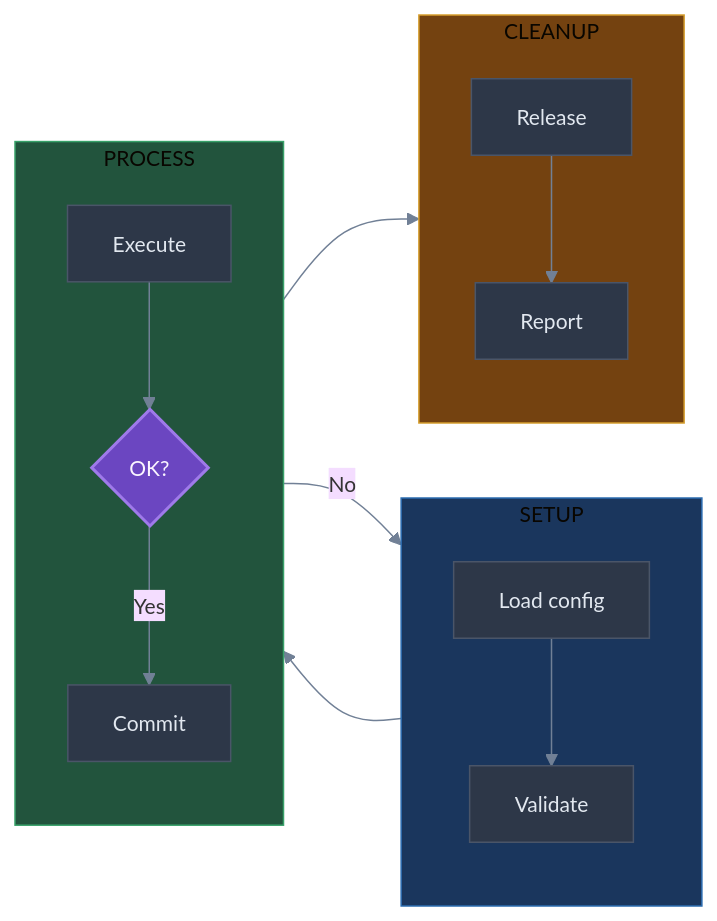
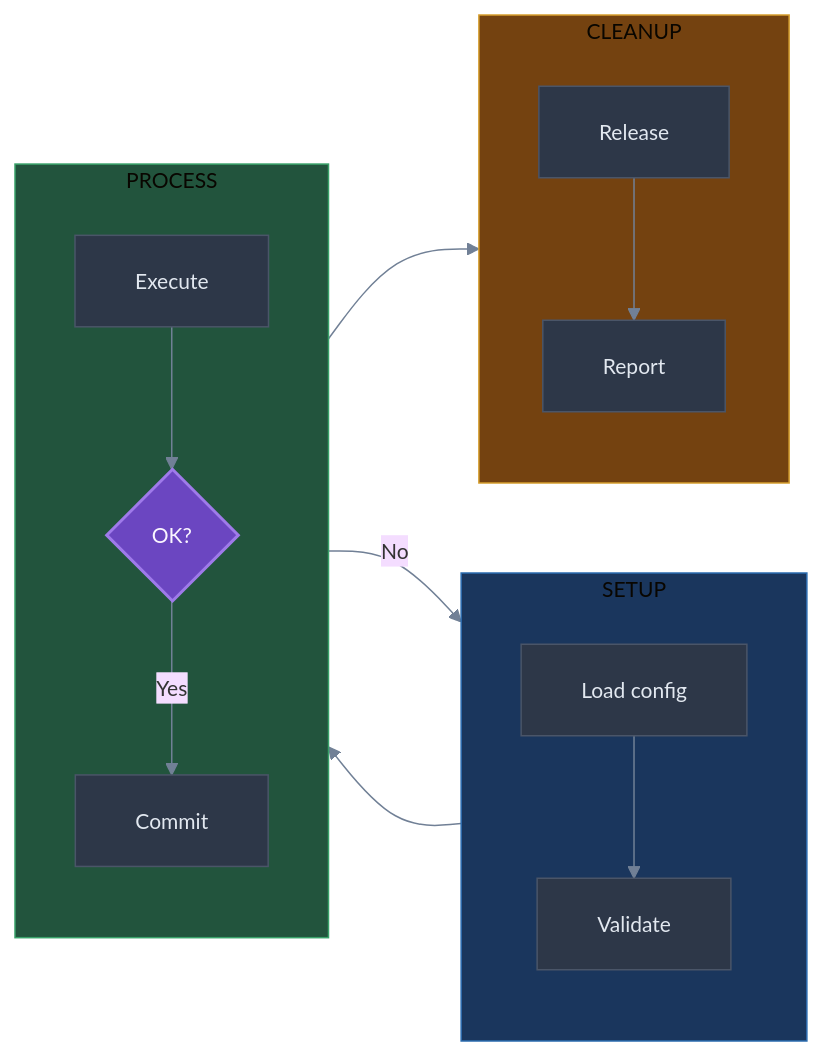
One commit to nicsuzor/academicOps changed the third of 4 diagrams in aops-tools/skills/flowchart/references/templates-and-examples.md. Above: the diagram before and after it, drawn with Mermaid. The commit also changed other lines of this file and 1 other file, not shown here.

First line of the commit message:
Improve flowchart skill: better horizontal space usage and prettier styling

````diff
--- a/aops-tools/skills/flowchart/references/templates-and-examples.md
+++ b/aops-tools/skills/flowchart/references/templates-and-examples.md
@@ -45,42 +78,42 @@
 ```mermaid
 %%{init: {
   'theme': 'base',
   'themeVariables': { 'lineColor': '#718096', 'fontSize': '14px' },
-  'flowchart': { 'nodeSpacing': 50, 'rankSpacing': 60, 'padding': 15 }
+  'flowchart': { 'nodeSpacing': 60, 'rankSpacing': 70, 'padding': 20 }
 }}%%
 flowchart LR
     classDef phase fill:#1a202c,stroke:#4a5568,color:#e2e8f0
     classDef step fill:#2d3748,stroke:#4a5568,color:#e2e8f0
     classDef check fill:#6b46c1,stroke:#9f7aea,color:#faf5ff,stroke-width:2px
 
     subgraph SETUP["SETUP"]
         direction TB
         S1[Load config]:::step
         S2[Validate]:::step
         S1 --> S2
     end
 
     subgraph PROCESS["PROCESS"]
         direction TB
         P1[Execute]:::step
         P2{OK?}:::check
         P3[Commit]:::step
         P1 --> P2
         P2 -->|Yes| P3
     end
 
     subgraph CLEANUP["CLEANUP"]
         direction TB
         C1[Release]:::step
         C2[Report]:::step
         C1 --> C2
     end
 
     SETUP --> PROCESS
     PROCESS --> CLEANUP
     P2 -->|No| S1
 
     style SETUP fill:#1a365d,stroke:#2b6cb0
     style PROCESS fill:#22543d,stroke:#38a169
     style CLEANUP fill:#744210,stroke:#d69e2e
 ```
````
